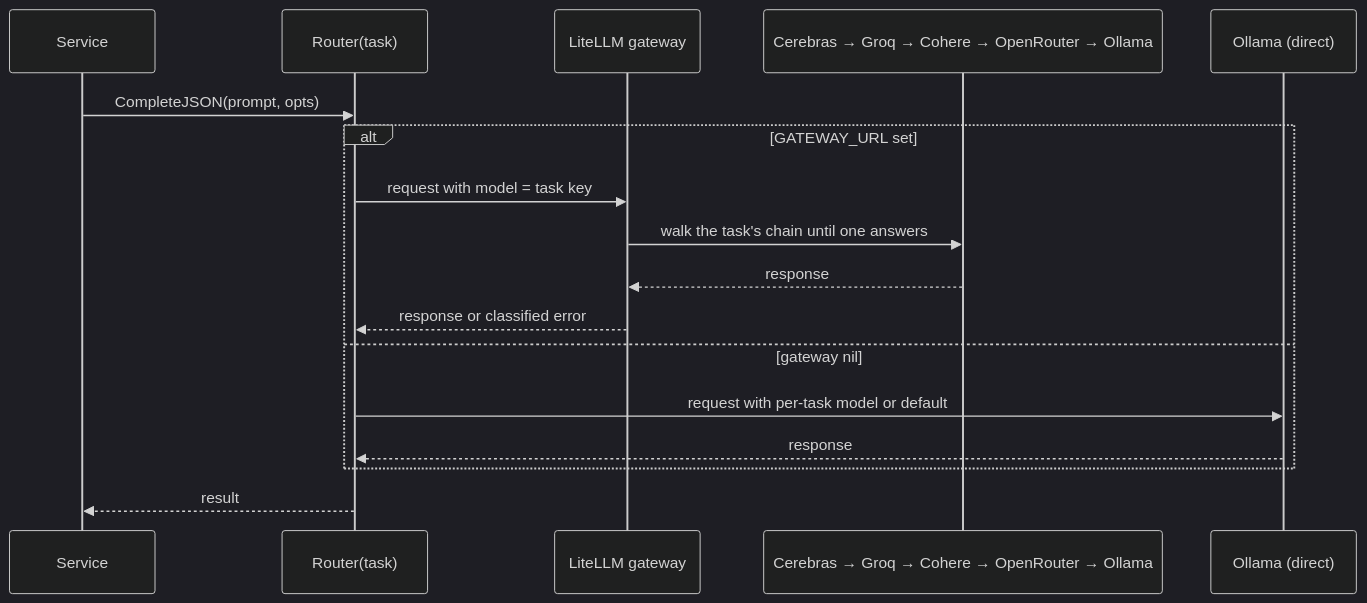
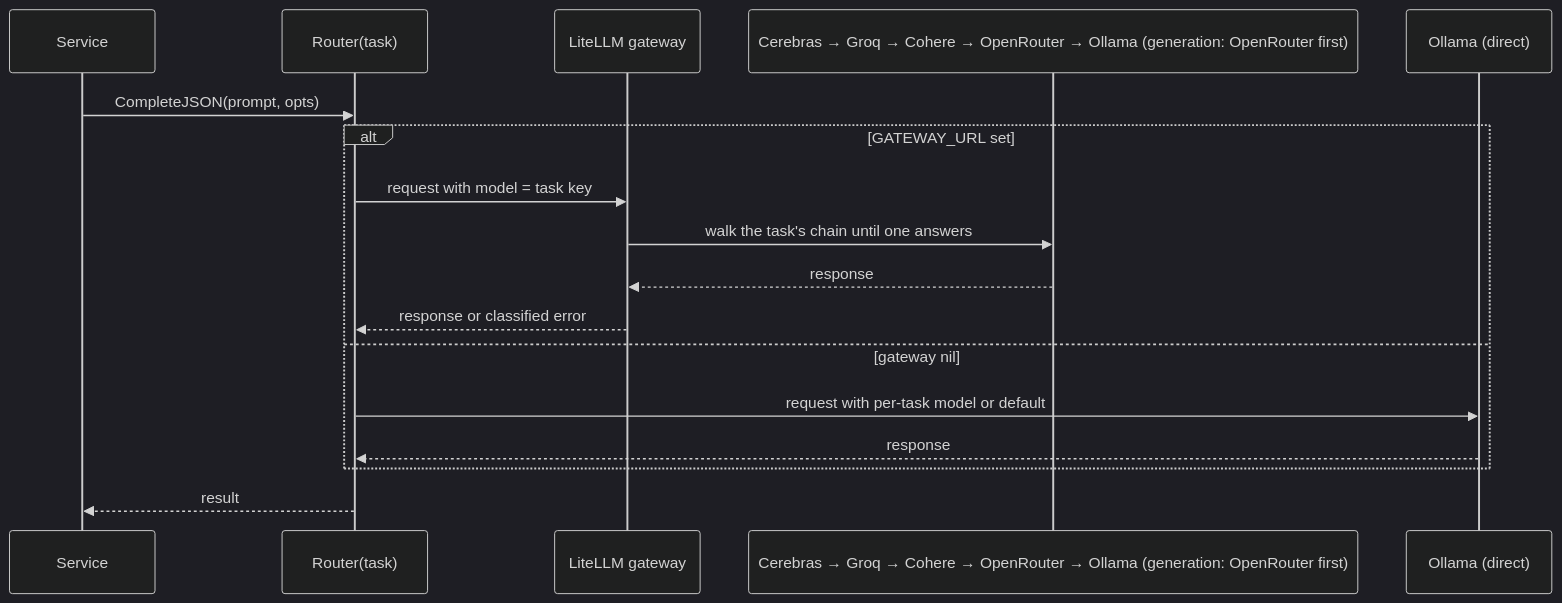
Before and after one commit to nonamecat19/job-finder: the second of 4 diagrams in docs/docs/ai/llm-abstraction.md, drawn with Mermaid (dark theme). The commit also changed 3 other files, not shown here.

First line of the commit message:
feat(gateway): lead the generation chain with deepseek-v4-pro on OpenRouter

````diff
--- a/docs/docs/ai/llm-abstraction.md
+++ b/docs/docs/ai/llm-abstraction.md
@@ -142,19 +142,19 @@
 ```mermaid
 sequenceDiagram
     participant S as Service
     participant R as Router(task)
     participant G as LiteLLM gateway
-    participant P as Cerebras → Groq → Cohere → OpenRouter → Ollama
+    participant P as Cerebras → Groq → Cohere → OpenRouter → Ollama (generation: OpenRouter first)
     participant O as Ollama (direct)
     S->>R: CompleteJSON(prompt, opts)
     alt GATEWAY_URL set
         R->>G: request with model = task key
         G->>P: walk the task's chain until one answers
         P-->>G: response
         G-->>R: response or classified error
     else gateway nil
         R->>O: request with per-task model or default
         O-->>R: response
     end
     R-->>S: result
 ```
````
